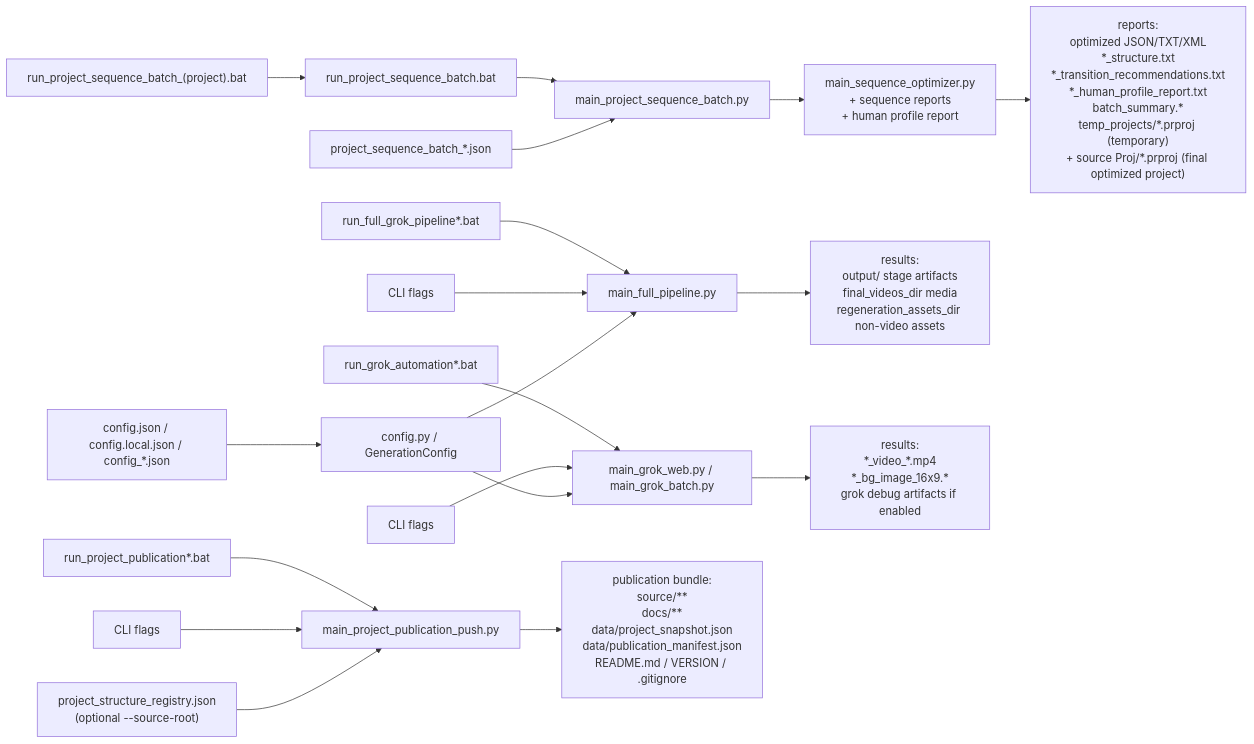
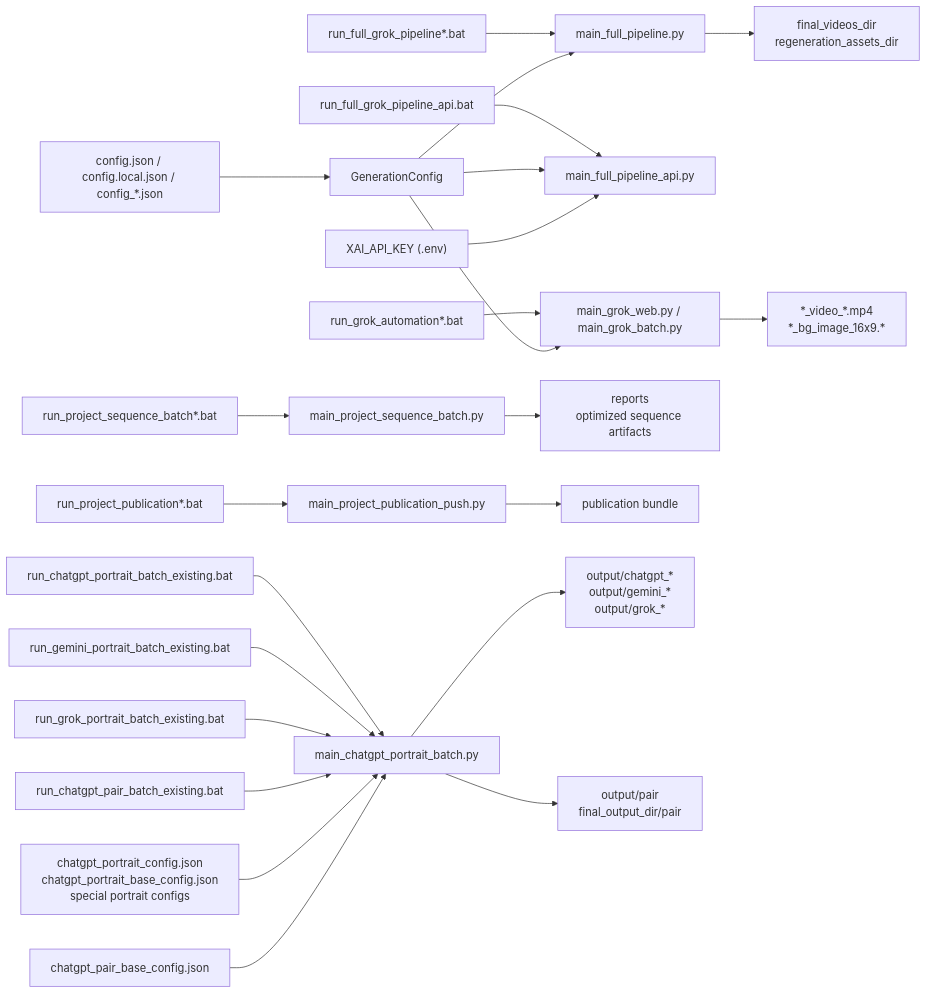
Before and after one commit to sergey-frd/Memory-to-Video_Agent: the third of 3 diagrams in source/PROJECT_STRUCTURE.md, drawn with Mermaid. The commit also changed other lines of this file and 330 other files, not shown here.

````diff
--- a/source/PROJECT_STRUCTURE.md
+++ b/source/PROJECT_STRUCTURE.md
@@ -86,25 +223,28 @@
 ```mermaid
 flowchart LR
   B1["run_full_grok_pipeline*.bat"] --> P1["main_full_pipeline.py"]
+  B1A["run_full_grok_pipeline_api.bat"] --> P1A["main_full_pipeline_api.py"]
   B2["run_grok_automation*.bat"] --> P2["main_grok_web.py / main_grok_batch.py"]
-  B3A["run_project_sequence_batch_(project).bat"] --> B3["run_project_sequence_batch.bat"]
-  B3 --> P3["main_project_sequence_batch.py"]
+  B3["run_project_sequence_batch*.bat"] --> P3["main_project_sequence_batch.py"]
   B4["run_project_publication*.bat"] --> P4["main_project_publication_push.py"]
+  B5["run_chatgpt_portrait_batch_existing.bat"] --> P6["main_chatgpt_portrait_batch.py"]
+  B6["run_gemini_portrait_batch_existing.bat"] --> P6
+  B7["run_grok_portrait_batch_existing.bat"] --> P6
+  B8["run_chatgpt_pair_batch_existing.bat"] --> P6
 
-  A1["CLI flags"] --> P1
-  A2["CLI flags"] --> P2
-  C1["config.json / config.local.json / config_*.json"] --> G1["config.py / GenerationConfig"]
+  C1["config.json / config.local.json / config_*.json"] --> G1["GenerationConfig"]
   G1 --> P1
+  G1 --> P1A
   G1 --> P2
+  ENV["XAI_API_KEY (.env)"] --> P1A
 
-  C3["project_sequence_batch_*.json"] --> P3
-  P3 --> P5["main_sequence_optimizer.py\n+ sequence reports\n+ human profile report"]
+  C5["chatgpt_portrait_config.json\nchatgpt_portrait_base_config.json\nspecial portrait configs"] --> P6
+  C6["chatgpt_pair_base_config.json"] --> P6
 
-  A4["CLI flags"] --> P4
-  R1["project_structure_registry.json\n(optional --source-root)"] --> P4
-
-  P1 --> O1["results:\noutput/ stage artifacts\nfinal_videos_dir media\nregeneration_assets_dir non-video assets"]
-  P2 --> O2["results:\n*_video_*.mp4\n*_bg_image_16x9.*\ngrok debug artifacts if enabled"]
-  P5 --> O3["reports:\noptimized JSON/TXT/XML\n*_structure.txt\n*_transition_recommendations.txt\n*_human_profile_report.txt\nbatch_summary.*\ntemp_projects/*.prproj (temporary)\n+ source Proj/*.prproj (final optimized project)"]
-  P4 --> O4["publication bundle:\nsource/**\ndocs/**\ndata/project_snapshot.json\ndata/publication_manifest.json\nREADME.md / VERSION / .gitignore"]
+  P1 --> O1["final_videos_dir\nregeneration_assets_dir"]
+  P2 --> O2["*_video_*.mp4\n*_bg_image_16x9.*"]
+  P3 --> O3["reports\noptimized sequence artifacts"]
+  P4 --> O4["publication bundle"]
+  P6 --> O5["output/chatgpt_*\noutput/gemini_*\noutput/grok_*"]
+  P6 --> O6["output/pair\nfinal_output_dir/pair"]
 ```
````
